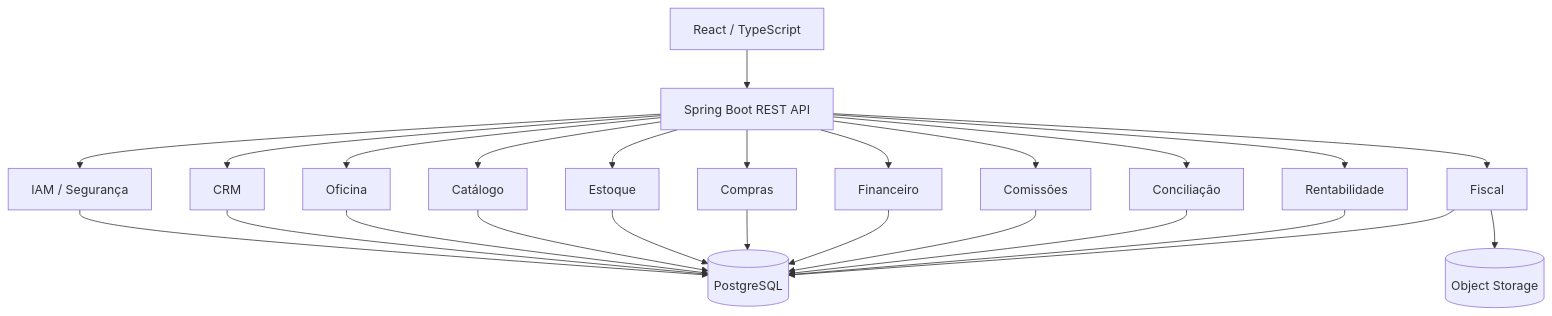
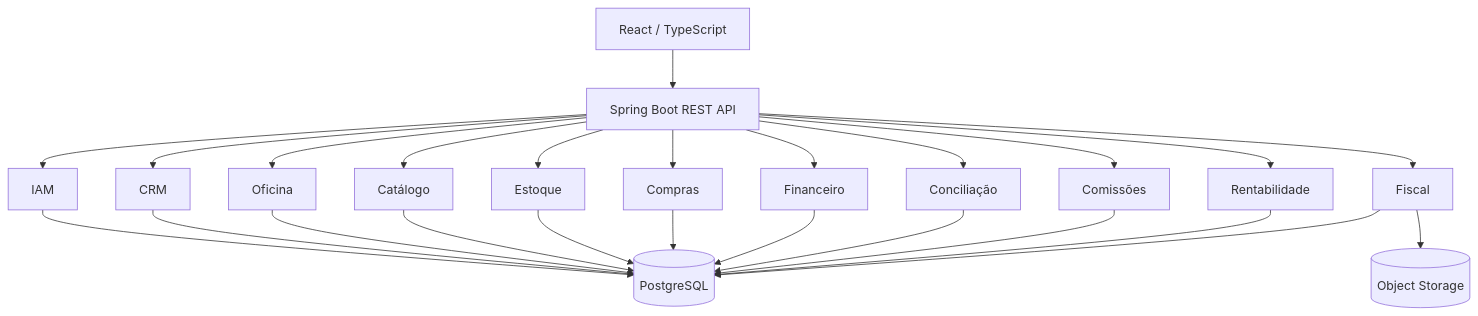
The first of 4 diagrams in README.md (Wendersonjose/uberhidraulica-erp), drawn with Mermaid before and after one commit. The commit also changed other lines of this file and 4 other files, not shown here.

````diff
--- a/README.md
+++ b/README.md
@@ -169,49 +277,48 @@
 ```mermaid
 flowchart TD
     UI[React / TypeScript]
-
     API[Spring Boot REST API]
 
-    IAM[IAM / Segurança]
+    IAM[IAM]
     CRM[CRM]
     WORKSHOP[Oficina]
     CATALOG[Catálogo]
     INVENTORY[Estoque]
     PURCHASES[Compras]
     FINANCE[Financeiro]
+    RECON[Conciliação]
     COMMISSION[Comissões]
-    RECON[Conciliação]
     PROFIT[Rentabilidade]
     FISCAL[Fiscal]
 
     DB[(PostgreSQL)]
     STORAGE[(Object Storage)]
 
     UI --> API
 
     API --> IAM
     API --> CRM
     API --> WORKSHOP
     API --> CATALOG
     API --> INVENTORY
     API --> PURCHASES
     API --> FINANCE
+    API --> RECON
     API --> COMMISSION
-    API --> RECON
     API --> PROFIT
     API --> FISCAL
 
     IAM --> DB
     CRM --> DB
     WORKSHOP --> DB
     CATALOG --> DB
     INVENTORY --> DB
     PURCHASES --> DB
     FINANCE --> DB
+    RECON --> DB
     COMMISSION --> DB
-    RECON --> DB
     PROFIT --> DB
     FISCAL --> DB
 
     FISCAL --> STORAGE
 ```
````
